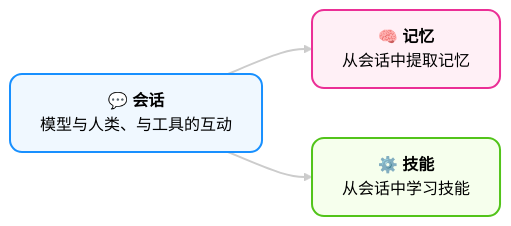
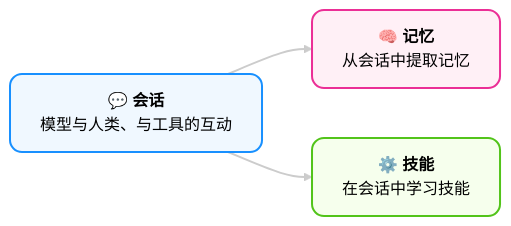
Before and after one commit to techunder/posts: the fourth of 5 diagrams in content/docs/ai-agent-intro/2-agent.md, drawn with Mermaid (neutral theme). The commit also changed other lines of this file and 2 other files, not shown here.

````diff
--- a/content/docs/ai-agent-intro/2-agent.md
+++ b/content/docs/ai-agent-intro/2-agent.md
@@ -907,16 +909,16 @@
 ```mermaid
 flowchart LR
     A["💬 <b>会话</b><br/>模型与人类、与工具的互动"]
     B["🧠 <b>记忆</b><br/>从会话中提取记忆"]
-    C["⚙️  <b>技能</b><br/>从会话中学习技能"]
+    C["⚙️  <b>技能</b><br/>在会话中学习技能"]
 
     A --> B
     A --> C
 
     style A fill:#f0f8ff,stroke:#1890ff,stroke-width:2px,rx:12
     style B fill:#fff0f6,stroke:#eb2f96,stroke-width:2px,rx:12
     style C fill:#f6ffed,stroke:#52c41a,stroke-width:2px,rx:12
 
     linkStyle 0 stroke:#ccc,stroke-width:2px
     linkStyle 1 stroke:#ccc,stroke-width:2px
 ```
````
